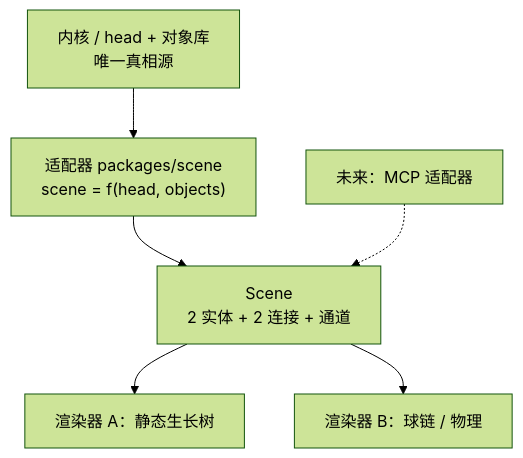
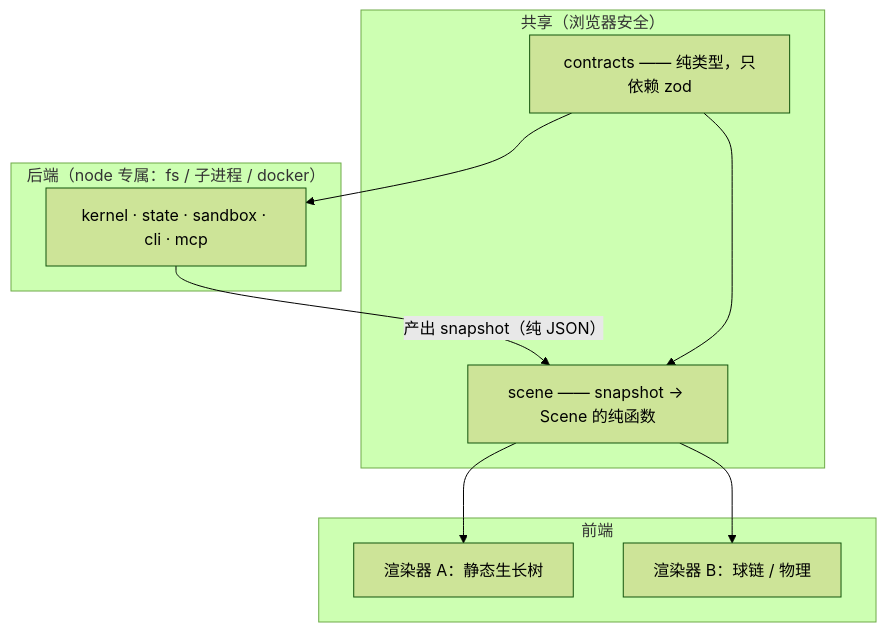
One commit to anweat/Hertaloy changed the diagram in RENDERING.md. Above: the diagram before and after it, drawn with Mermaid (forest theme). The commit also changed other lines of this file and 5 other files, not shown here.

````diff
--- a/RENDERING.md
+++ b/RENDERING.md
@@ -286,10 +309,19 @@
 ```mermaid
 flowchart TD
-  K["内核 / head + 对象库<br/>唯一真相源"] --> A
-  A["适配器 packages/scene<br/>scene = f(head, objects)"] --> S
-  S["Scene<br/>2 实体 + 2 连接 + 通道"] --> R1
-  S --> R2
-  R1["渲染器 A：静态生长树"]
-  R2["渲染器 B：球链 / 物理"]
-  A2["未来：MCP 适配器"] -.-> S
+  subgraph BE["后端（node 专属：fs / 子进程 / docker）"]
+    K["kernel · state · sandbox · cli · mcp"]
+  end
+  subgraph SHARED["共享（浏览器安全）"]
+    C["contracts —— 纯类型，只依赖 zod"]
+    SC["scene —— snapshot → Scene 的纯函数"]
+  end
+  subgraph FE["前端"]
+    R1["渲染器 A：静态生长树"]
+    R2["渲染器 B：球链 / 物理"]
+  end
+  K -->|"产出 snapshot（纯 JSON）"| SC
+  C --> SC
+  C --> K
+  SC --> R1
+  SC --> R2
 ```
````
